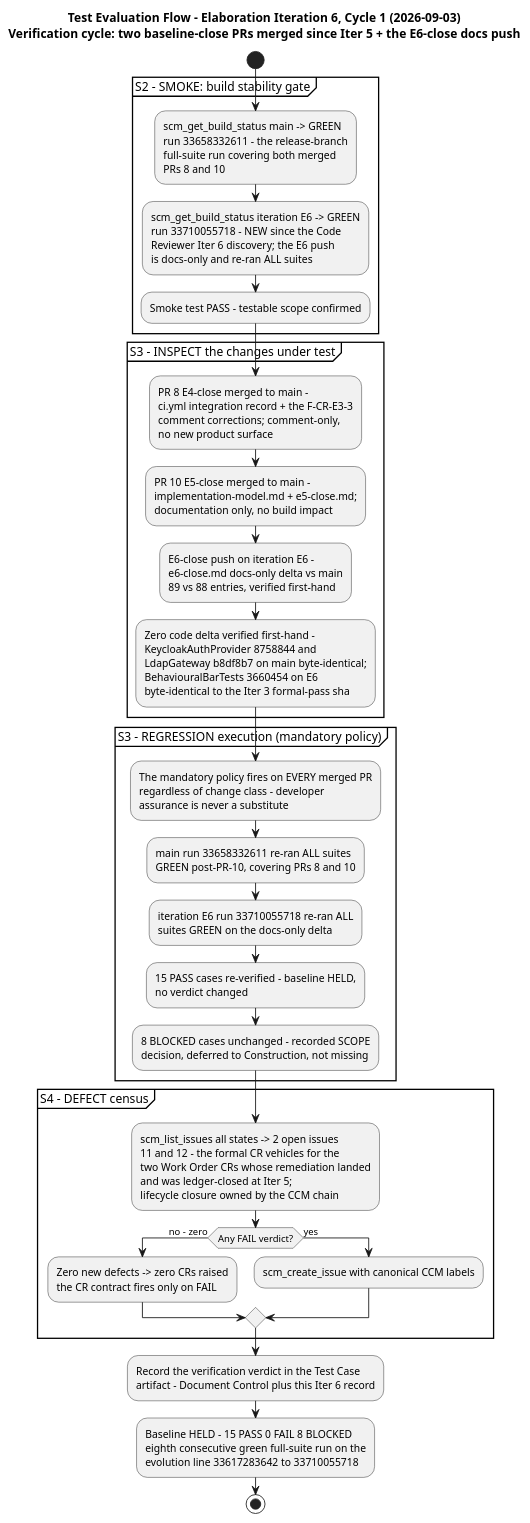
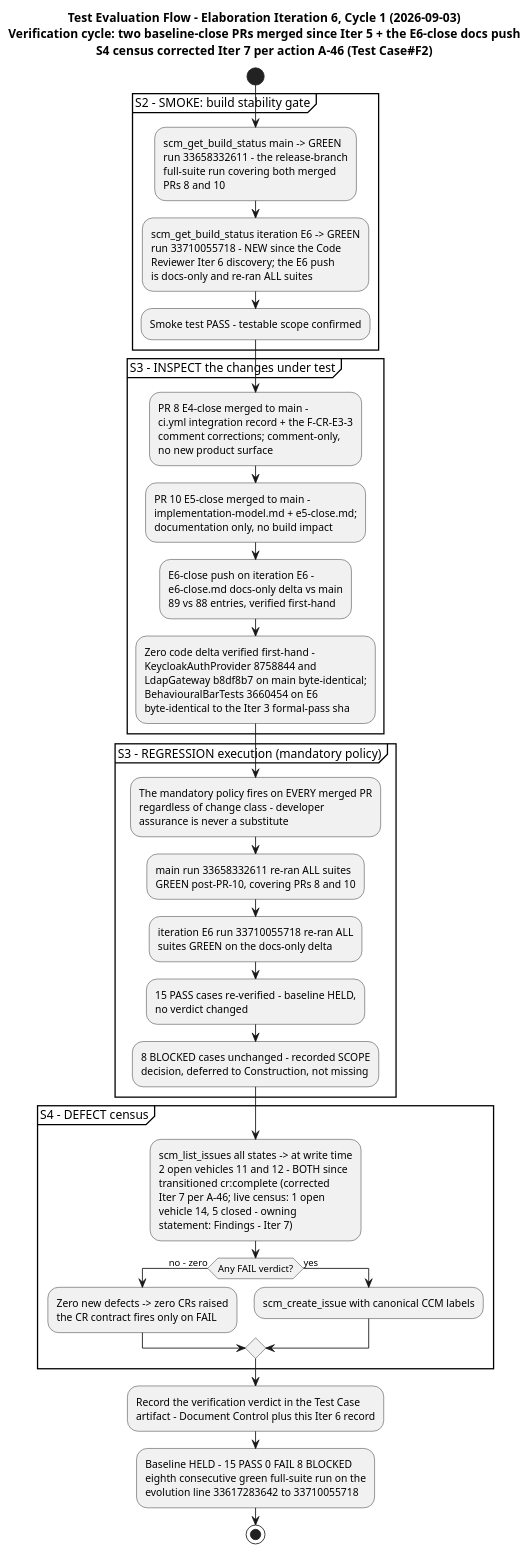
Before and after one commit to banense-test/employee-portal: the sixth of 15 diagrams in docs/artifacts/test/test-case.md, drawn with PlantUML. The commit also changed other lines of this file, not shown here.

First line of the commit message:
Test Designer [E7]: upsert Test Case

````diff
--- a/docs/artifacts/test/test-case.md
+++ b/docs/artifacts/test/test-case.md
@@ -297,36 +366,36 @@
 ```plantuml
 @startuml
-title Test Evaluation Flow - Elaboration Iteration 6, Cycle 1 (2026-09-03)\nVerification cycle: two baseline-close PRs merged since Iter 5 + the E6-close docs push
+title Test Evaluation Flow - Elaboration Iteration 6, Cycle 1 (2026-09-03)\nVerification cycle: two baseline-close PRs merged since Iter 5 + the E6-close docs push\nS4 census corrected Iter 7 per action A-46 (Test Case#F2)
 
 start
 partition "S2 - SMOKE: build stability gate" {
   :scm_get_build_status main -> GREEN\nrun 33658332611 - the release-branch\nfull-suite run covering both merged\nPRs 8 and 10;
   :scm_get_build_status iteration E6 -> GREEN\nrun 33710055718 - NEW since the Code\nReviewer Iter 6 discovery; the E6 push\nis docs-only and re-ran ALL suites;
   :Smoke test PASS - testable scope confirmed;
 }
 partition "S3 - INSPECT the changes under test" {
   :PR 8 E4-close merged to main -\nci.yml integration record + the F-CR-E3-3\ncomment corrections; comment-only,\nno new product surface;
   :PR 10 E5-close merged to main -\nimplementation-model.md + e5-close.md;\ndocumentation only, no build impact;
   :E6-close push on iteration E6 -\ne6-close.md docs-only delta vs main\n89 vs 88 entries, verified first-hand;
   :Zero code delta verified first-hand -\nKeycloakAuthProvider 8758844 and\nLdapGateway b8df8b7 on main byte-identical;\nBehaviouralBarTests 3660454 on E6\nbyte-identical to the Iter 3 formal-pass sha;
 }
 partition "S3 - REGRESSION execution (mandatory policy)" {
   :The mandatory policy fires on EVERY merged PR\nregardless of change class - developer\nassurance is never a substitute;
   :main run 33658332611 re-ran ALL suites\nGREEN post-PR-10, covering PRs 8 and 10;
   :iteration E6 run 33710055718 re-ran ALL\nsuites GREEN on the docs-only delta;
   :15 PASS cases re-verified - baseline HELD,\nno verdict changed;
   :8 BLOCKED cases unchanged - recorded SCOPE\ndecision, deferred to Construction, not missing;
 }
 partition "S4 - DEFECT census" {
-  :scm_list_issues all states -> 2 open issues\n11 and 12 - the formal CR vehicles for the\ntwo Work Order CRs whose remediation landed\nand was ledger-closed at Iter 5;\nlifecycle closure owned by the CCM chain;
+  :scm_list_issues all states -> at write time\n2 open vehicles 11 and 12 - BOTH since\ntransitioned cr:complete (corrected\nIter 7 per A-46; live census: 1 open\nvehicle 14, 5 closed - owning\nstatement: Findings - Iter 7);
   if (Any FAIL verdict?) then (no - zero)
     :Zero new defects -> zero CRs raised\nthe CR contract fires only on FAIL;
   else (yes)
     :scm_create_issue with canonical CCM labels;
   endif
 }
 :Record the verification verdict in the Test Case\nartifact - Document Control plus this Iter 6 record;
 :Baseline HELD - 15 PASS 0 FAIL 8 BLOCKED\neighth consecutive green full-suite run on the\nevolution line 33617283642 to 33710055718;
 stop
 @enduml
 ```
````
